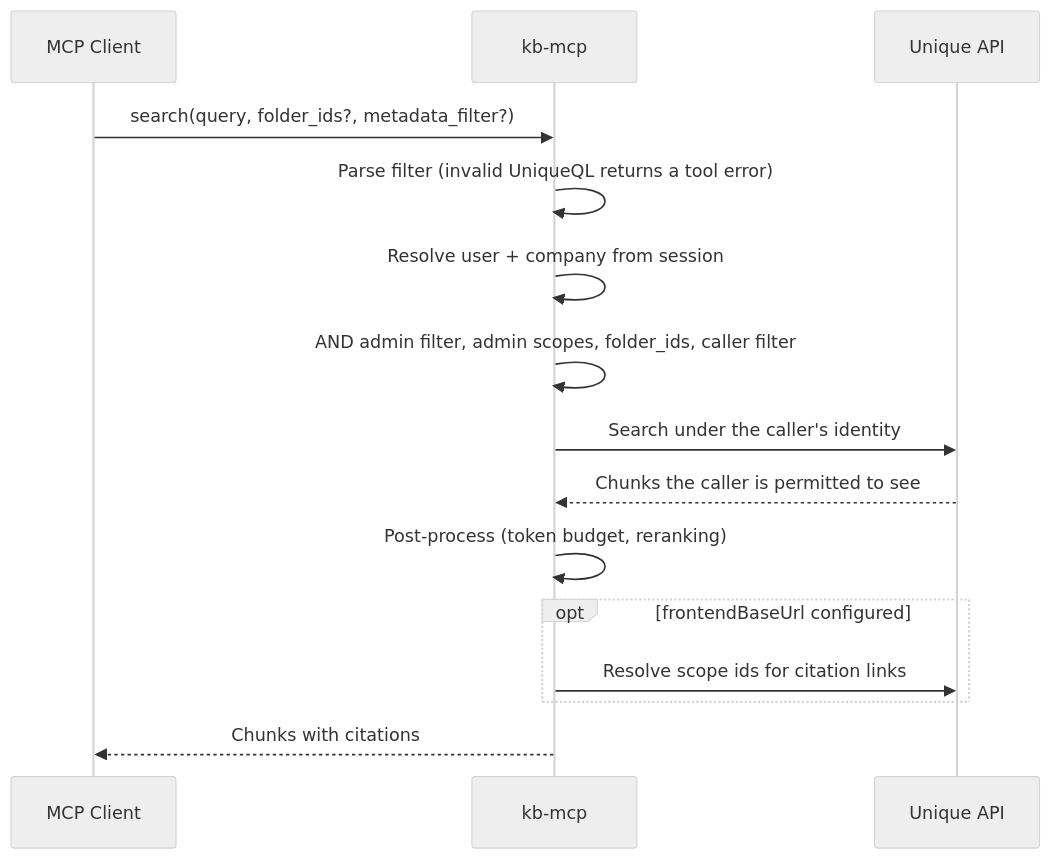
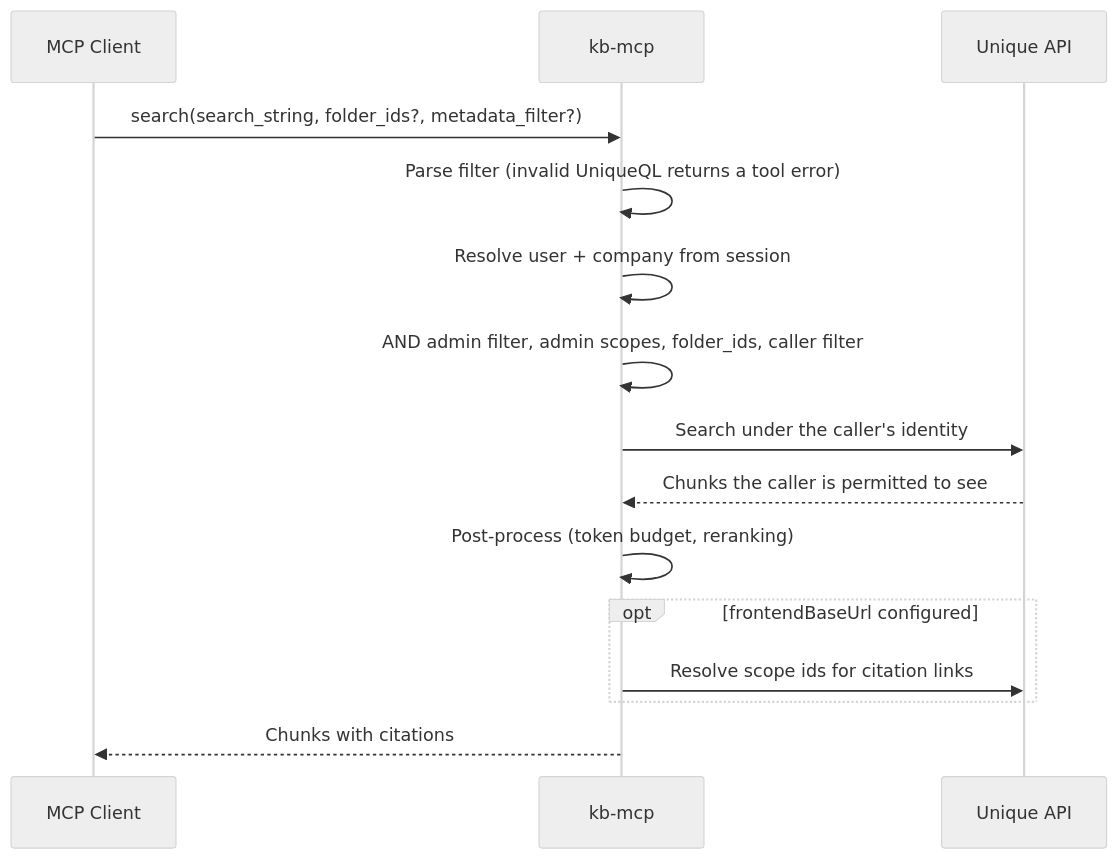
The second of 2 diagrams in services/kb-mcp/docs/technical/flows.md (Unique-AG/connectors), drawn with Mermaid before and after one commit. The commit also changed other lines of this file and 1 other file, not shown here.

First line of the commit message:
docs(kb-mcp): fix three bugbot findings on caps and the search example

````diff
--- a/services/kb-mcp/docs/technical/flows.md
+++ b/services/kb-mcp/docs/technical/flows.md
@@ -40,19 +40,19 @@
 ```mermaid
 %%{init: {'theme': 'neutral', 'themeVariables': { 'fontSize': '14px' }}}%%
 sequenceDiagram
     participant C as MCP Client
     participant K as kb-mcp
     participant U as Unique API
 
-    C->>K: search(query, folder_ids?, metadata_filter?)
+    C->>K: search(search_string, folder_ids?, metadata_filter?)
     K->>K: Parse filter (invalid UniqueQL returns a tool error)
     K->>K: Resolve user + company from session
     K->>K: AND admin filter, admin scopes, folder_ids, caller filter
     K->>U: Search under the caller's identity
     U-->>K: Chunks the caller is permitted to see
     K->>K: Post-process (token budget, reranking)
     opt frontendBaseUrl configured
         K->>U: Resolve scope ids for citation links
     end
     K-->>C: Chunks with citations
 ```
````
